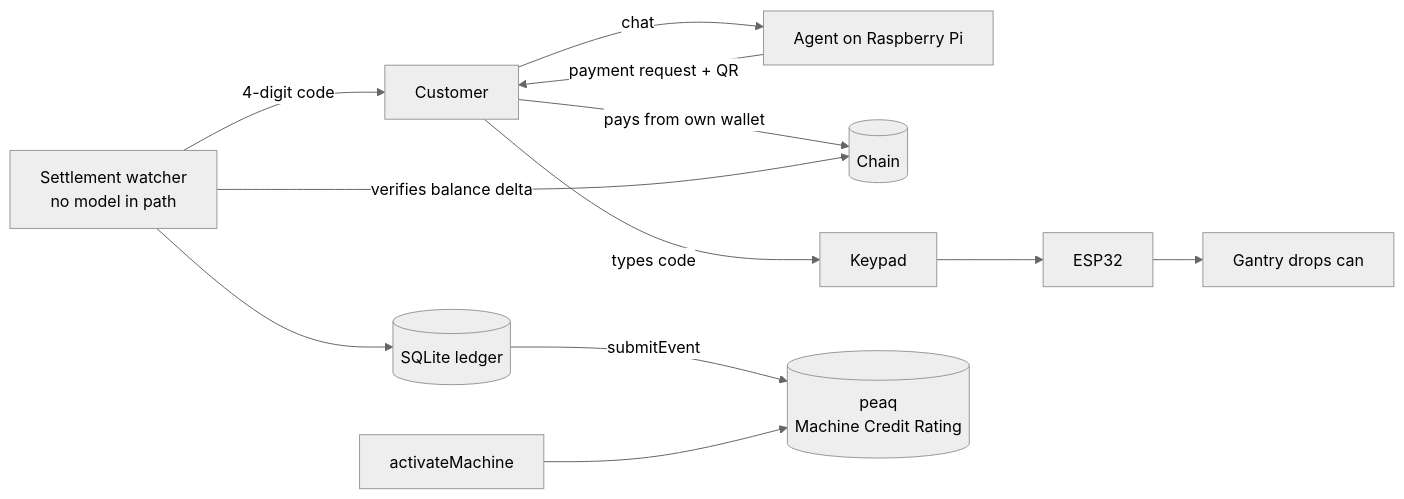
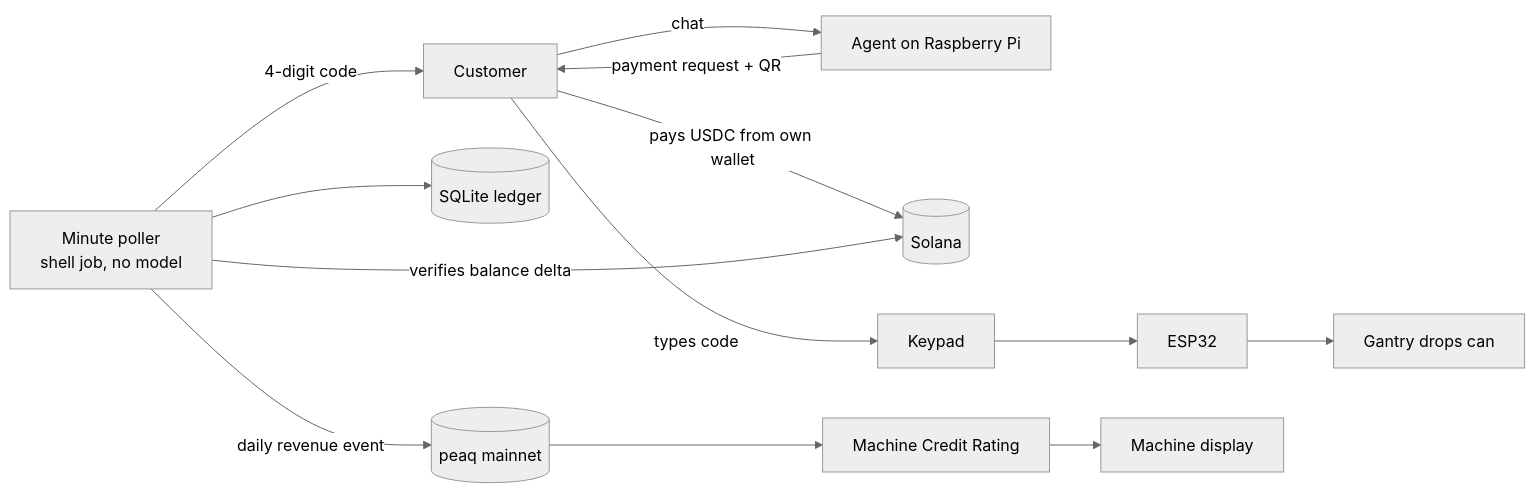
The diagram in README.md (Yahmad2601/solvend-peaq), drawn with Mermaid (neutral theme) before and after one commit. The commit also changed other lines of this file and 1 other file, not shown here.

````diff
--- a/README.md
+++ b/README.md
@@ -41,12 +48,13 @@
 ```mermaid
 flowchart LR
   C[Customer] -->|chat| A[Agent on Raspberry Pi]
   A -->|payment request + QR| C
-  C -->|pays from own wallet| CH[(Chain)]
-  W[Settlement watcher<br/>no model in path] -->|verifies balance delta| CH
+  C -->|pays USDC from own wallet| S[(Solana)]
+  W[Minute poller<br/>shell job, no model] -->|verifies balance delta| S
   W --> L[(SQLite ledger)]
   W -->|4-digit code| C
   C -->|types code| K[Keypad] --> E[ESP32] --> M[Gantry drops can]
-  L -->|submitEvent| P[(peaq<br/>Machine Credit Rating)]
-  ID[activateMachine] --> P
+  W -->|daily revenue event| P[(peaq mainnet)]
+  P --> R[Machine Credit Rating]
+  R --> D[Machine display]
 ```
````
